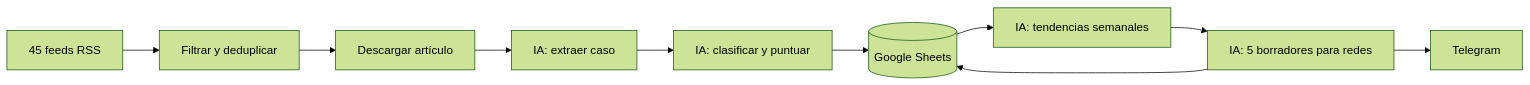
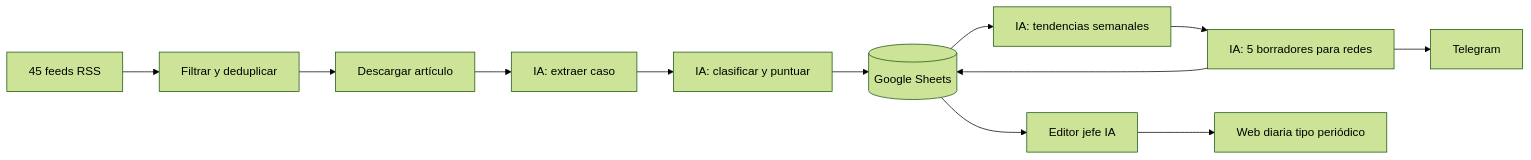
The diagram in README.md (jaimegp03/vigilancia-innovacion-ia), drawn with Mermaid (forest theme) before and after one commit. The commit also changed other lines of this file and 40 other files, not shown here.

First line of the commit message:
Web diaria «Tecnoticias e Innovación IA» y workflow 04 (edición diaria)

````diff
--- a/README.md
+++ b/README.md
@@ -16,12 +16,14 @@
 ```mermaid
 flowchart LR
     A[45 feeds RSS] --> B[Filtrar y deduplicar]
     B --> C[Descargar artículo]
     C --> D[IA: extraer caso]
     D --> E[IA: clasificar y puntuar]
     E --> F[(Google Sheets)]
     F --> G[IA: tendencias semanales]
     G --> H[IA: 5 borradores para redes]
     H --> I[Telegram]
     H --> F
+    F --> W[Editor jefe IA]
+    W --> X[Web diaria tipo periódico]
 ```
````
